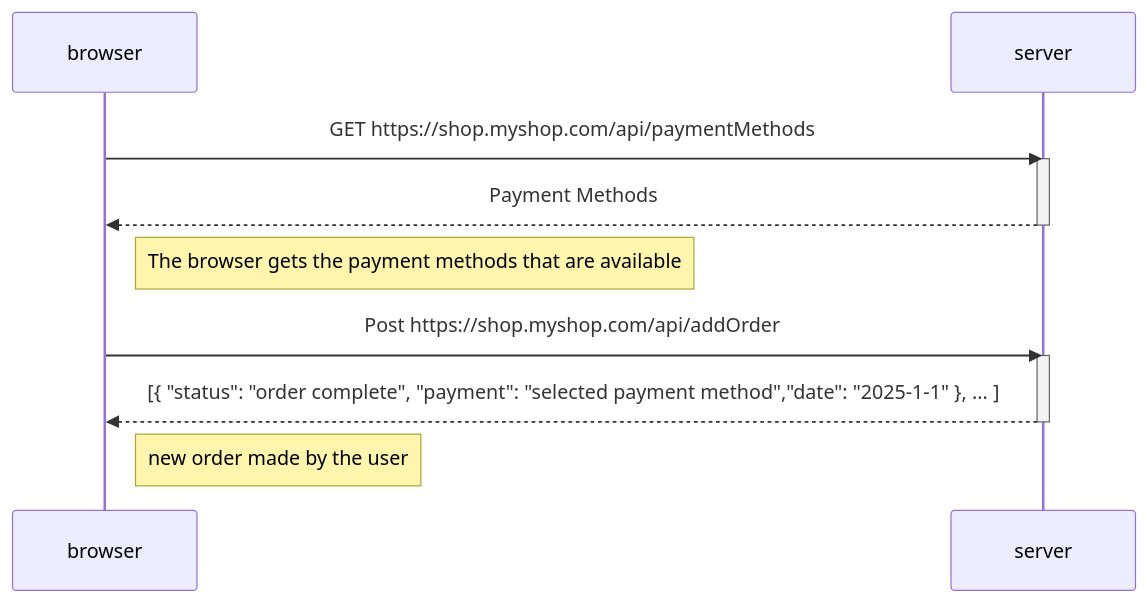
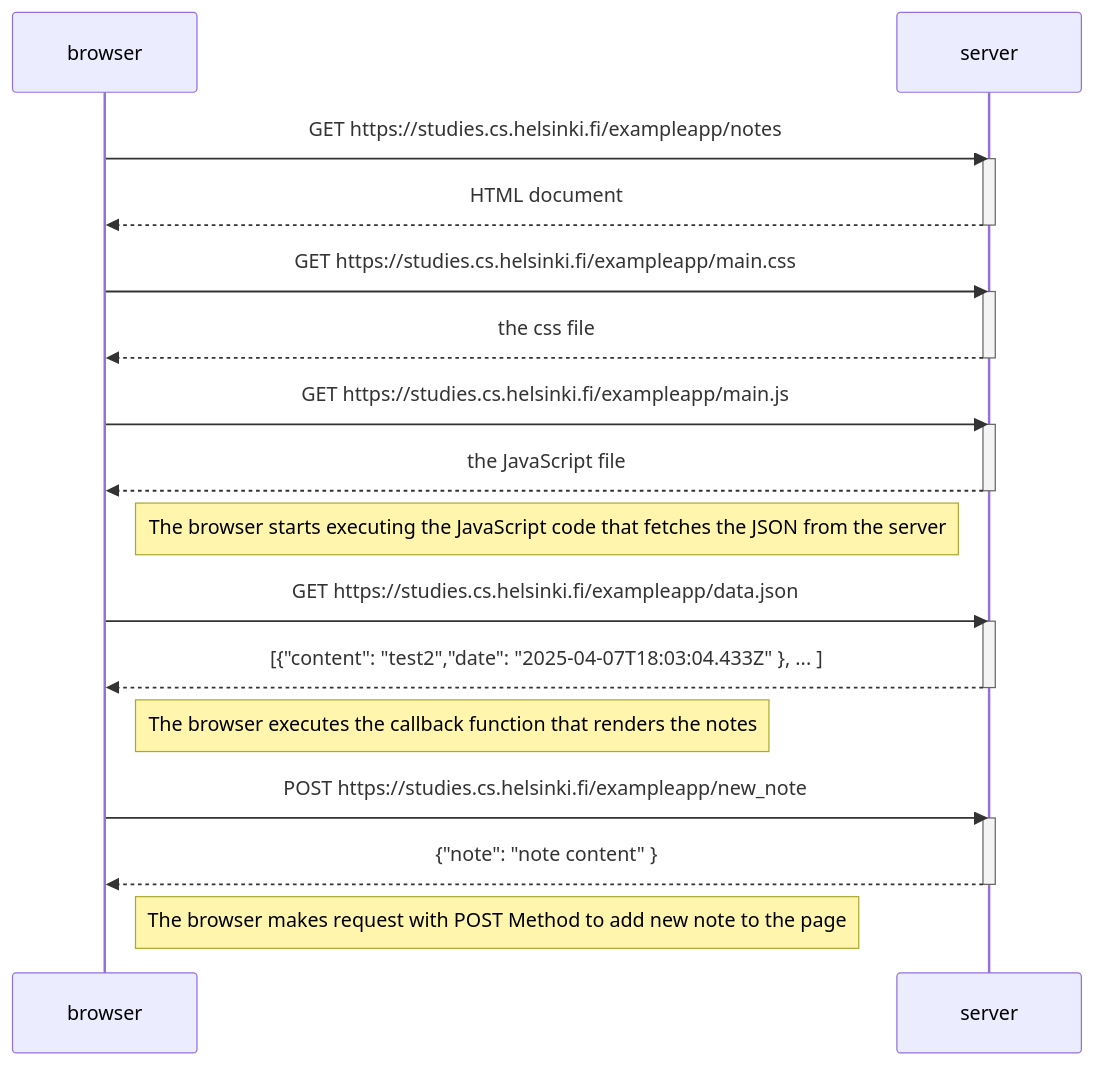
The diagram in part0/04_Diagram.md (KeeYoungYoon/FullStackOpen), drawn with Mermaid before and after one commit.

Commit message:
Fix: change content of the diagram to add new note

````diff
--- a/part0/04_Diagram.md
+++ b/part0/04_Diagram.md
@@ -1,19 +1,36 @@
 ```mermaid
 sequenceDiagram
 participant browser
 participant server
 
-    browser->>server: GET https://shop.myshop.com/api/paymentMethods
+    browser->>server: GET https://studies.cs.helsinki.fi/exampleapp/notes
     activate server
-    server-->>browser: Payment Methods
+    server-->>browser: HTML document
     deactivate server
 
-    Note right of browser: The browser gets the payment methods that are available
-
-    browser->>server: Post https://shop.myshop.com/api/addOrder
+    browser->>server: GET https://studies.cs.helsinki.fi/exampleapp/main.css
     activate server
-    server-->>browser: [{ "status": "order complete", "payment": "selected payment method","date": "2025-1-1" }, ... ]
+    server-->>browser: the css file
     deactivate server
 
-    Note right of browser: new order made by the user
+    browser->>server: GET https://studies.cs.helsinki.fi/exampleapp/main.js
+    activate server
+    server-->>browser: the JavaScript file
+    deactivate server
+
+    Note right of browser: The browser starts executing the JavaScript code that fetches the JSON from the server
+
+    browser->>server: GET https://studies.cs.helsinki.fi/exampleapp/data.json
+    activate server
+    server-->>browser: [{"content": "test2","date": "2025-04-07T18:03:04.433Z" }, ... ]
+    deactivate server
+
+    Note right of browser: The browser executes the callback function that renders the notes
+
+    browser->>server: POST https://studies.cs.helsinki.fi/exampleapp/new_note
+    activate server
+    server-->>browser: {"note": "note content" }
+    deactivate server
+
+    Note right of browser: The browser makes request with POST Method to add new note to the page
 ```
````
